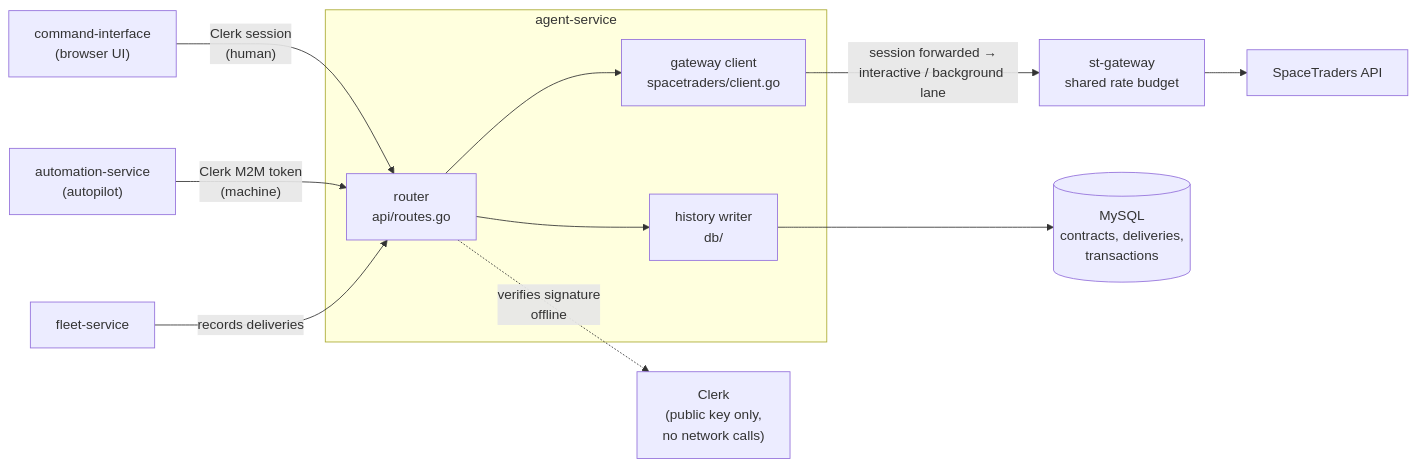
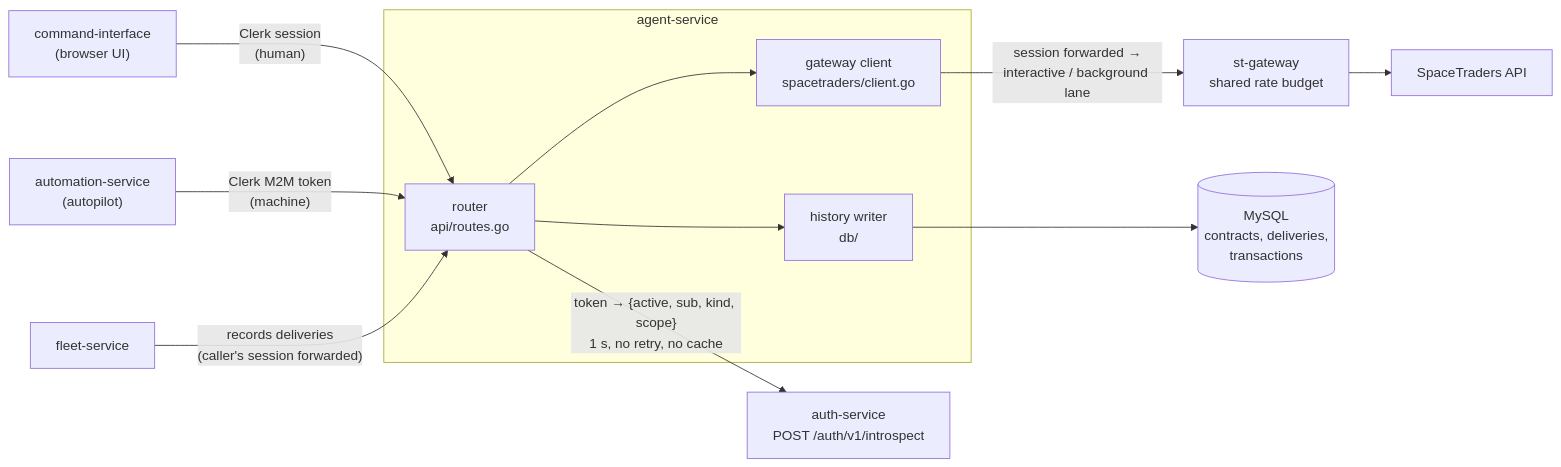
Before and after one commit to V-M-Pioneer-Trading/agent-service: the first of 3 diagrams in README.md, drawn with Mermaid. The commit also changed other lines of this file and 21 other files, not shown here.

First line of the commit message:
Ask auth-service what a token carries; deliveries needs fleet:control (meta#80 step 6) (#24)

````diff
--- a/README.md
+++ b/README.md
@@ -19,28 +19,28 @@
 ```mermaid
 flowchart LR
     browser["command-interface<br/>(browser UI)"]
     autopilot["automation-service<br/>(autopilot)"]
     fleet["fleet-service"]
 
     subgraph this["agent-service"]
         router["router<br/>api/routes.go"]
         client["gateway client<br/>spacetraders/client.go"]
         store["history writer<br/>db/"]
     end
 
     gateway["st-gateway<br/>shared rate budget"]
     st["SpaceTraders API"]
     mysql[("MySQL<br/>contracts, deliveries,<br/>transactions")]
-    clerk["Clerk<br/>(public key only,<br/>no network calls)"]
+    auth["auth-service<br/>POST /auth/v1/introspect"]
 
     browser -->|"Clerk session<br/>(human)"| router
     autopilot -->|"Clerk M2M token<br/>(machine)"| router
-    fleet -->|"records deliveries"| router
+    fleet -->|"records deliveries<br/>(caller's session forwarded)"| router
 
-    router -.->|"verifies signature<br/>offline"| clerk
+    router -->|"token → {active, sub, kind, scope}<br/>1 s, no retry, no cache"| auth
     router --> client
     router --> store
     client -->|"session forwarded →<br/>interactive / background lane"| gateway
     gateway --> st
     store --> mysql
 ```
````
